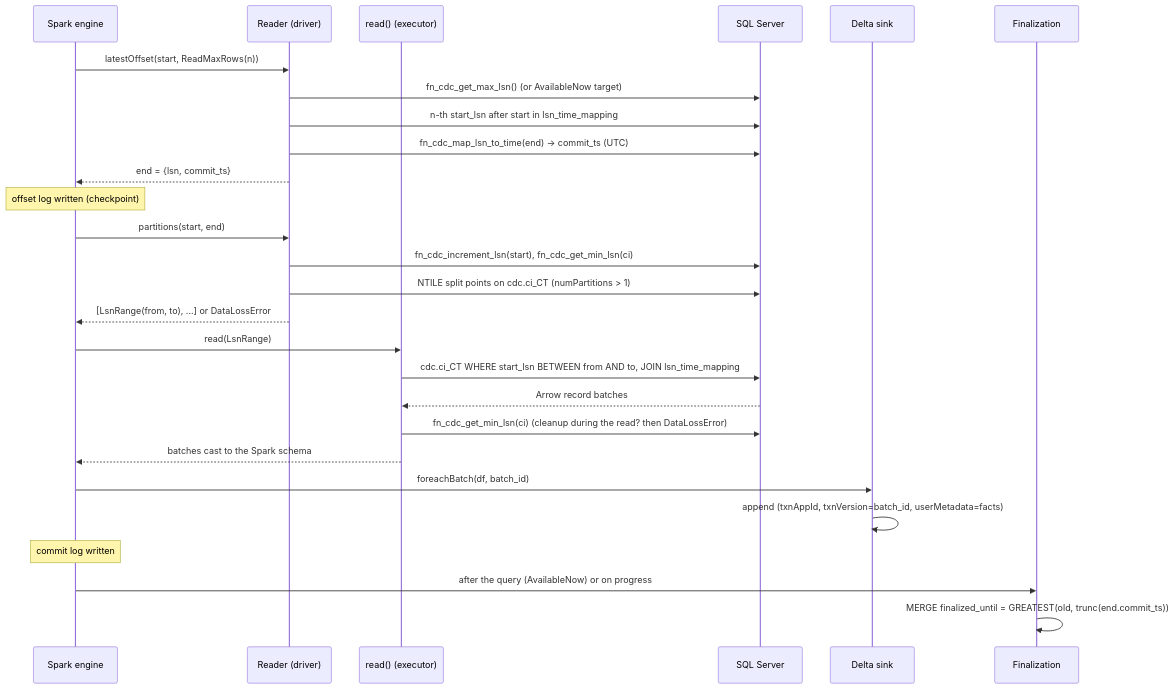
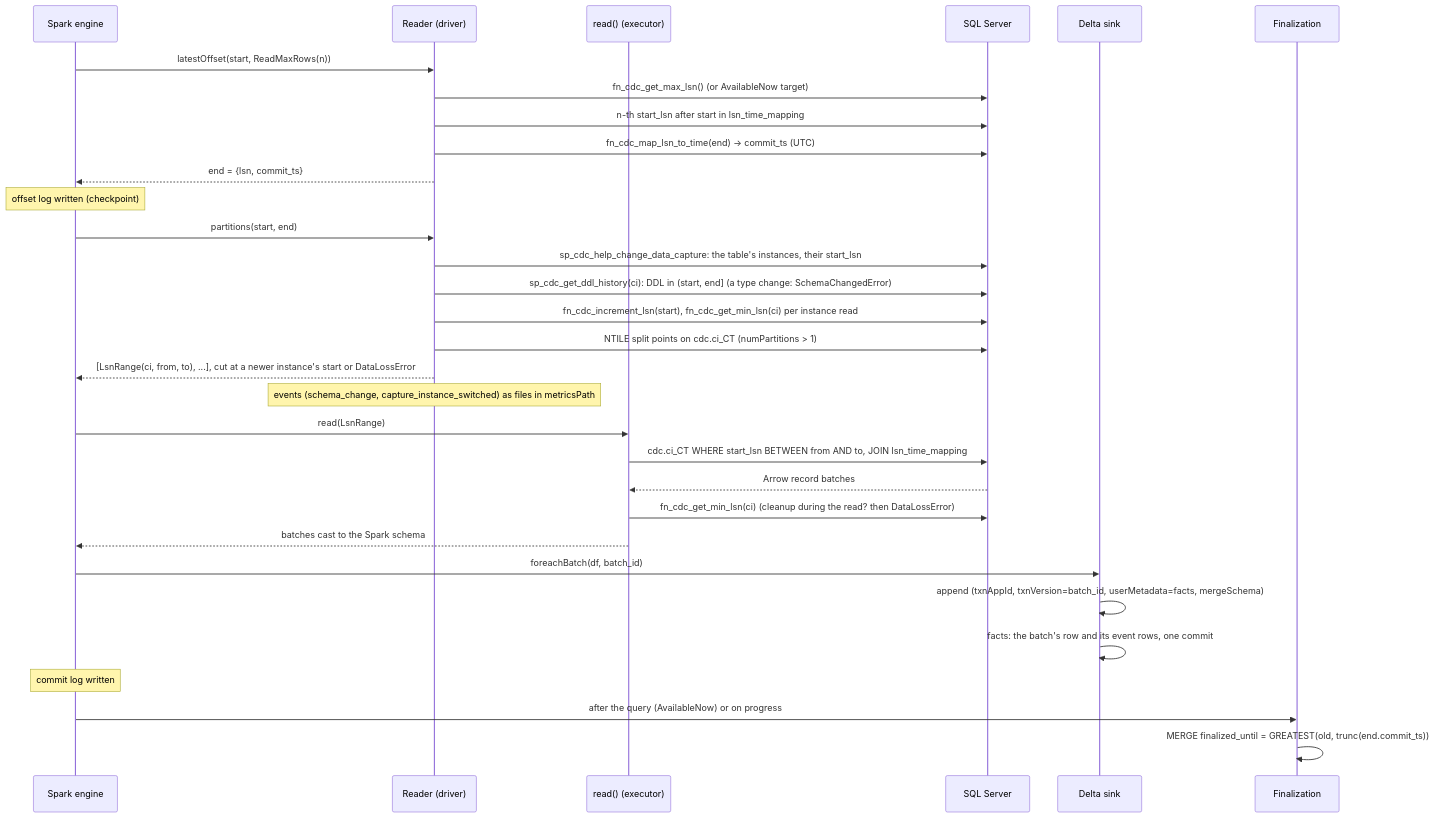
Before and after one commit to emanuel-luis/mssql-cdc-pyspark: the second of 2 diagrams in docs/ARCHITECTURE.md, drawn with Mermaid. The commit also changed other lines of this file and 6 other files, not shown here.

First line of the commit message:
docs: ADR 0023, schema changes and capture instance switching

````diff
--- a/docs/ARCHITECTURE.md
+++ b/docs/ARCHITECTURE.md
@@ -59,30 +60,34 @@
 ```mermaid
 sequenceDiagram
   participant E as Spark engine
   participant R as Reader (driver)
   participant X as read() (executor)
   participant S as SQL Server
   participant D as Delta sink
   participant F as Finalization
 
   E->>R: latestOffset(start, ReadMaxRows(n))
   R->>S: fn_cdc_get_max_lsn()  (or AvailableNow target)
   R->>S: n-th start_lsn after start in lsn_time_mapping
   R->>S: fn_cdc_map_lsn_to_time(end)  -> commit_ts (UTC)
   R-->>E: end = {lsn, commit_ts}
   Note over E: offset log written (checkpoint)
   E->>R: partitions(start, end)
-  R->>S: fn_cdc_increment_lsn(start), fn_cdc_get_min_lsn(ci)
+  R->>S: sp_cdc_help_change_data_capture: the table's instances, their start_lsn
+  R->>S: sp_cdc_get_ddl_history(ci): DDL in (start, end]  (a type change: SchemaChangedError)
+  R->>S: fn_cdc_increment_lsn(start), fn_cdc_get_min_lsn(ci) per instance read
   R->>S: NTILE split points on cdc.ci_CT (numPartitions > 1)
-  R-->>E: [LsnRange(from, to), ...]  or DataLossError
+  R-->>E: [LsnRange(ci, from, to), ...], cut at a newer instance's start  or DataLossError
+  Note over R: events (schema_change, capture_instance_switched) as files in metricsPath
   E->>X: read(LsnRange)
   X->>S: cdc.ci_CT WHERE start_lsn BETWEEN from AND to, JOIN lsn_time_mapping
   S-->>X: Arrow record batches
   X->>S: fn_cdc_get_min_lsn(ci)  (cleanup during the read? then DataLossError)
   X-->>E: batches cast to the Spark schema
   E->>D: foreachBatch(df, batch_id)
-  D->>D: append (txnAppId, txnVersion=batch_id, userMetadata=facts)
+  D->>D: append (txnAppId, txnVersion=batch_id, userMetadata=facts, mergeSchema)
+  D->>D: facts: the batch's row and its event rows, one commit
   Note over E: commit log written
   E->>F: after the query (AvailableNow) or on progress
   F->>F: MERGE finalized_until = GREATEST(old, trunc(end.commit_ts))
 ```
````
